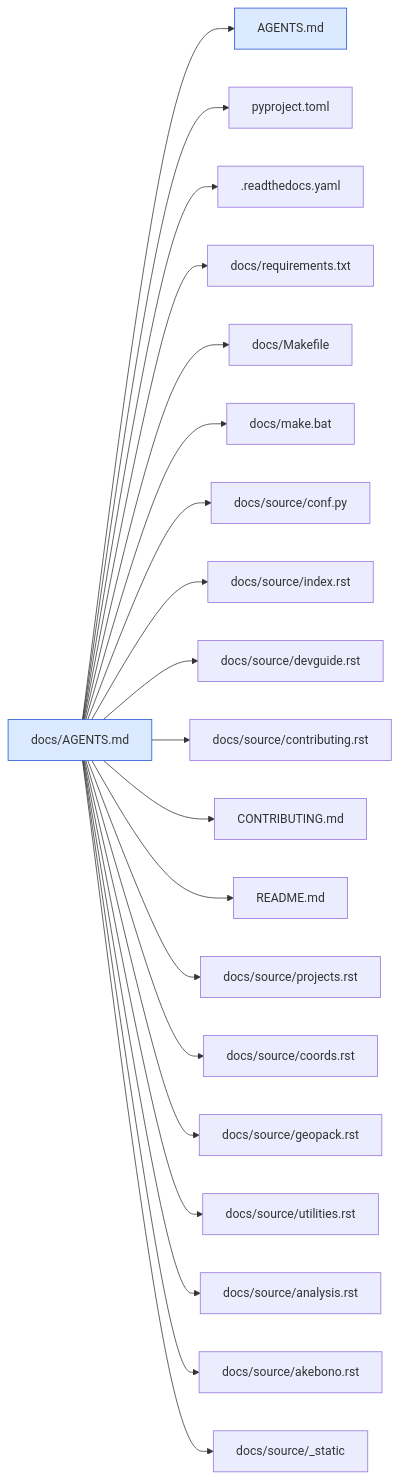
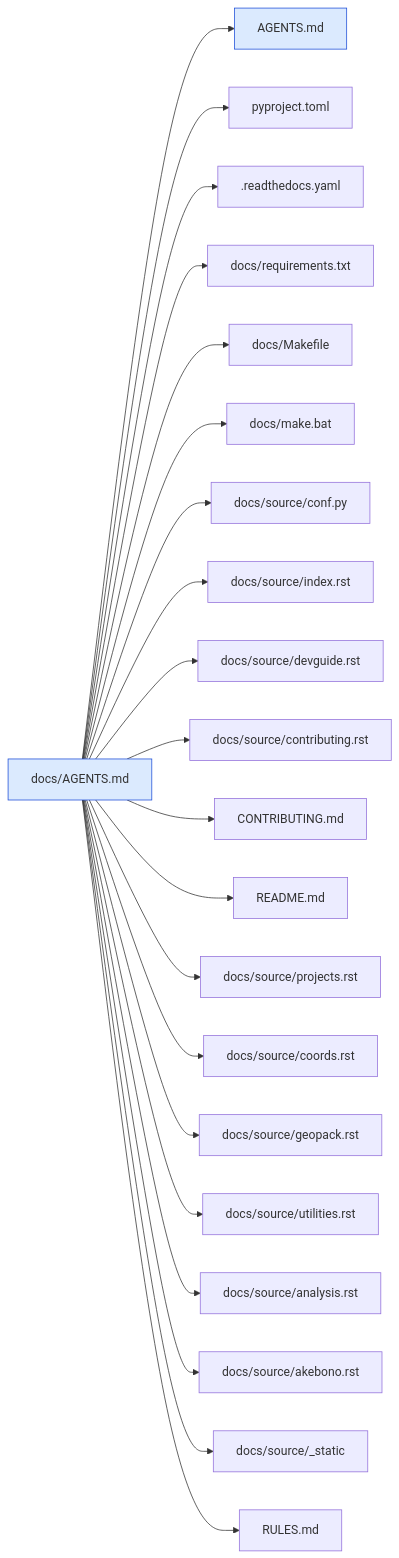
The third of 44 diagrams in .agents/map/MAP.md (spedas/pyspedas), drawn with Mermaid before and after one commit. The commit also changed other lines of this file and 75 other files, not shown here.

````diff
--- a/.agents/map/MAP.md
+++ b/.agents/map/MAP.md
@@ -238,25 +249,26 @@
 ```mermaid
 graph LR
   classDef agents fill:#dbeafe,stroke:#1d4ed8
   classDef missing fill:#fee2e2,stroke:#b91c1c,stroke-dasharray:4
   self["docs/AGENTS.md"]:::agents
   self --> r0["AGENTS.md"]:::agents
   self --> r1["pyproject.toml"]
   self --> r2[".readthedocs.yaml"]
   self --> r3["docs/requirements.txt"]
   self --> r4["docs/Makefile"]
   self --> r5["docs/make.bat"]
   self --> r6["docs/source/conf.py"]
   self --> r7["docs/source/index.rst"]
   self --> r8["docs/source/devguide.rst"]
   self --> r9["docs/source/contributing.rst"]
   self --> r10["CONTRIBUTING.md"]
   self --> r11["README.md"]
   self --> r12["docs/source/projects.rst"]
   self --> r13["docs/source/coords.rst"]
   self --> r14["docs/source/geopack.rst"]
   self --> r15["docs/source/utilities.rst"]
   self --> r16["docs/source/analysis.rst"]
   self --> r17["docs/source/akebono.rst"]
   self --> r18["docs/source/_static"]
+  self --> r19["RULES.md"]
 ```
````
